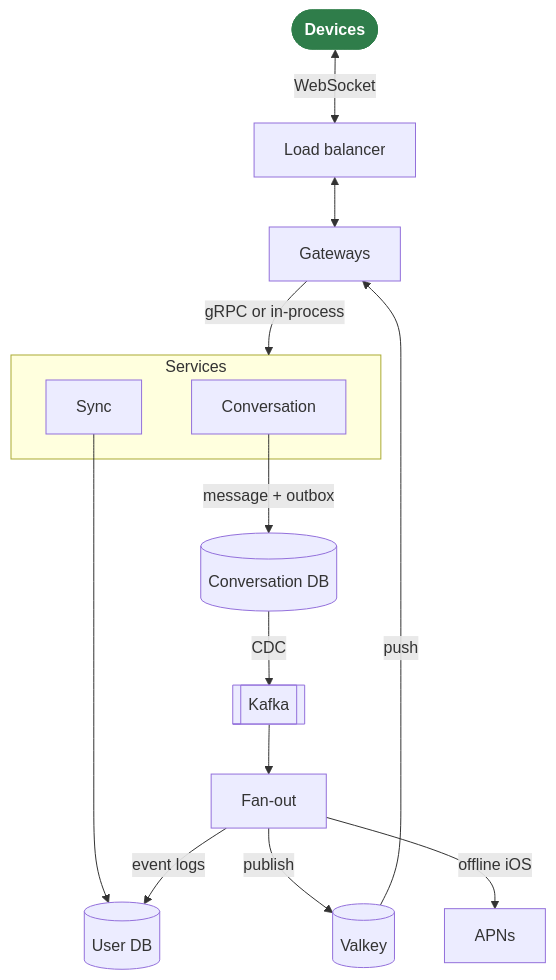
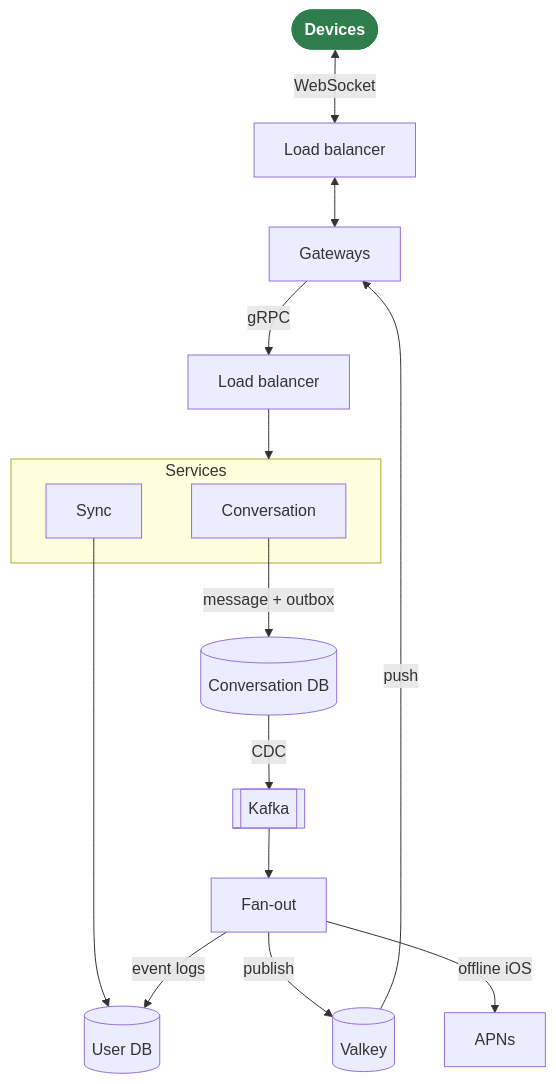
One commit to vlumi/wrinkle changed the diagram in README.md. Above: the diagram before and after it, drawn with Mermaid. The commit also changed other lines of this file, not shown here.

Commit message:
README: status, diagram with both balancers, components and requirements as they are now

````diff
--- a/README.md
+++ b/README.md
@@ -19,29 +19,30 @@
 ```mermaid
 flowchart TB
   devices(["Devices"])
   lb["Load balancer"]
   gw["Gateways"]
+  slb["Load balancer"]
   subgraph services ["Services"]
     conv["Conversation"]
     sync["Sync"]
   end
   convdb[("Conversation DB")]
   userdb[("User DB")]
   kafka[["Kafka"]]
   fanout["Fan-out"]
   valkey[("Valkey")]
   apns["APNs"]
 
   devices <-- "WebSocket" --> lb <--> gw
-  gw -- "gRPC or in-process" --> services
+  gw -- "gRPC" --> slb --> services
   conv -- "message + outbox" --> convdb
   sync --> userdb
   convdb -- "CDC" --> kafka --> fanout
   fanout -- "event logs" --> userdb
   fanout -- "publish" --> valkey
   valkey -- "push" --> gw
   fanout -- "offline iOS" --> apns
 
   classDef user fill:#2f7d4a,stroke:#2f7d4a,color:#fff,font-weight:bold
   class devices user
 ```
````
